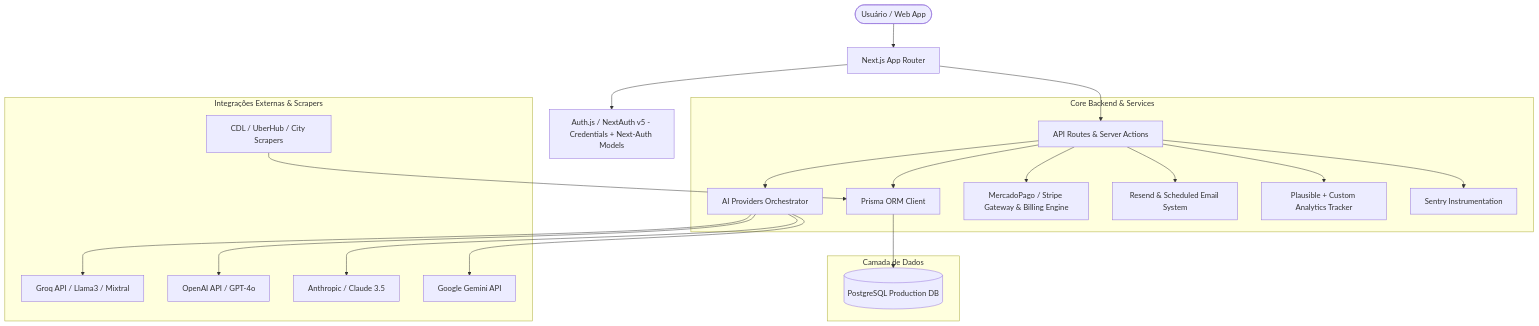
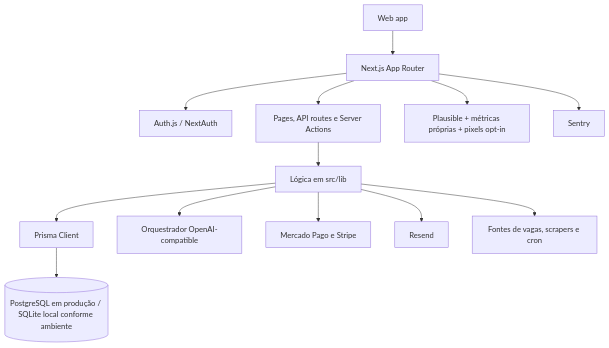
One commit to amandaleandro/carreirasmatch changed the diagram in docs/COMPLETE_ARCHITECTURE_AND_ECOSYSTEM.md. Above: the diagram before and after it, drawn with Mermaid. The commit also changed other lines of this file and 42 other files, not shown here.

````diff
--- a/docs/COMPLETE_ARCHITECTURE_AND_ECOSYSTEM.md
+++ b/docs/COMPLETE_ARCHITECTURE_AND_ECOSYSTEM.md
@@ -11,28 +8,15 @@
 ```mermaid
 graph TD
-    User([Usuário / Web App]) --> NextRouter[Next.js App Router]
-    NextRouter --> Auth[Auth.js / NextAuth v5 - Credentials + Next-Auth Models]
-    NextRouter --> API[API Routes & Server Actions]
-    
-    subgraph "Core Backend & Services"
-        API --> Prisma[Prisma ORM Client]
-        API --> AIOrchestrator[AI Providers Orchestrator]
-        API --> Billing[MercadoPago / Stripe Gateway & Billing Engine]
-        API --> EmailService[Resend & Scheduled Email System]
-        API --> AnalyticsEngine[Plausible + Custom Analytics Tracker]
-        API --> Observability[Sentry Instrumentation]
-    end
-
-    subgraph "Camada de Dados"
-        Prisma --> Postgres[(PostgreSQL Production DB)]
-    end
-
-    subgraph "Integrações Externas & Scrapers"
-        AIOrchestrator --> Groq[Groq API / Llama3 / Mixtral]
-        AIOrchestrator --> OpenAI[OpenAI API / GPT-4o]
-        AIOrchestrator --> Anthropic[Anthropic / Claude 3.5]
-        AIOrchestrator --> Gemini[Google Gemini API]
-        
-        ExternalJobs[CDL / UberHub / City Scrapers] --> Prisma
-    end
+  Browser[Web app] --> Next[Next.js App Router]
+  Next --> Auth[Auth.js / NextAuth]
+  Next --> Routes[Pages, API routes e Server Actions]
+  Routes --> Domain[Lógica em src/lib]
+  Domain --> Prisma[Prisma Client]
+  Prisma --> DB[(PostgreSQL em produção / SQLite local conforme ambiente)]
+  Domain --> AI[Orquestrador OpenAI-compatible]
+  Domain --> Billing[Mercado Pago e Stripe]
+  Domain --> Email[Resend]
+  Domain --> Jobs[Fontes de vagas, scrapers e cron]
+  Next --> Analytics[Plausible + métricas próprias + pixels opt-in]
+  Next --> Sentry[Sentry]
 ```
````
